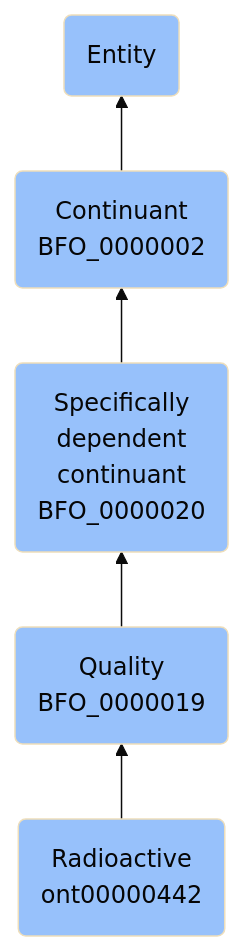
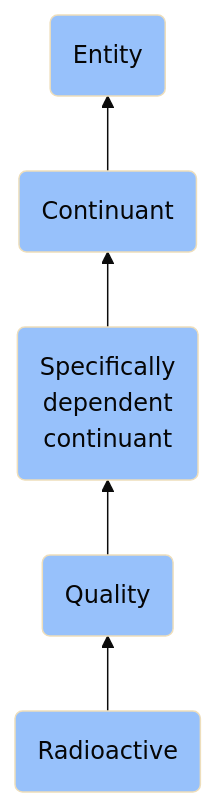
Before and after one commit to jupyter-naas/abi: the diagram in docs/ontology/reference/model/Entity/Continuant/Specifically dependent continuant/Quality/Radioactive/Radioactive.md, drawn with Mermaid (base theme). The commit also changed other lines of this file and 1430 other files, not shown here.

````diff
--- a/docs/ontology/reference/model/Entity/Continuant/Specifically dependent continuant/Quality/Radioactive/Radioactive.md
+++ b/docs/ontology/reference/model/Entity/Continuant/Specifically dependent continuant/Quality/Radioactive/Radioactive.md
@@ -24,12 +24,12 @@
 ```mermaid
 graph BT
-    ont00000442(Radioactive<br>ont00000442):::BFO-->BFO_0000019
-    BFO_0000019(Quality<br>BFO_0000019):::BFO-->BFO_0000020
-    BFO_0000020(Specifically<br>dependent<br>continuant<br>BFO_0000020):::BFO-->BFO_0000002
-    BFO_0000002(Continuant<br>BFO_0000002):::BFO-->BFO_0000001
+    ont00000442(Radioactive):::BFO-->BFO_0000019
+    BFO_0000019(Quality):::BFO-->BFO_0000020
+    BFO_0000020(Specifically<br>dependent<br>continuant):::BFO-->BFO_0000002
+    BFO_0000002(Continuant):::BFO-->BFO_0000001
     BFO_0000001(Entity):::BFO
     
     classDef BFO fill:#97c1fb,color:#060606
     classDef CCO fill:#e4c51e,color:#060606
     classDef ABI fill:#48DD82,color:#060606
 ```
````
